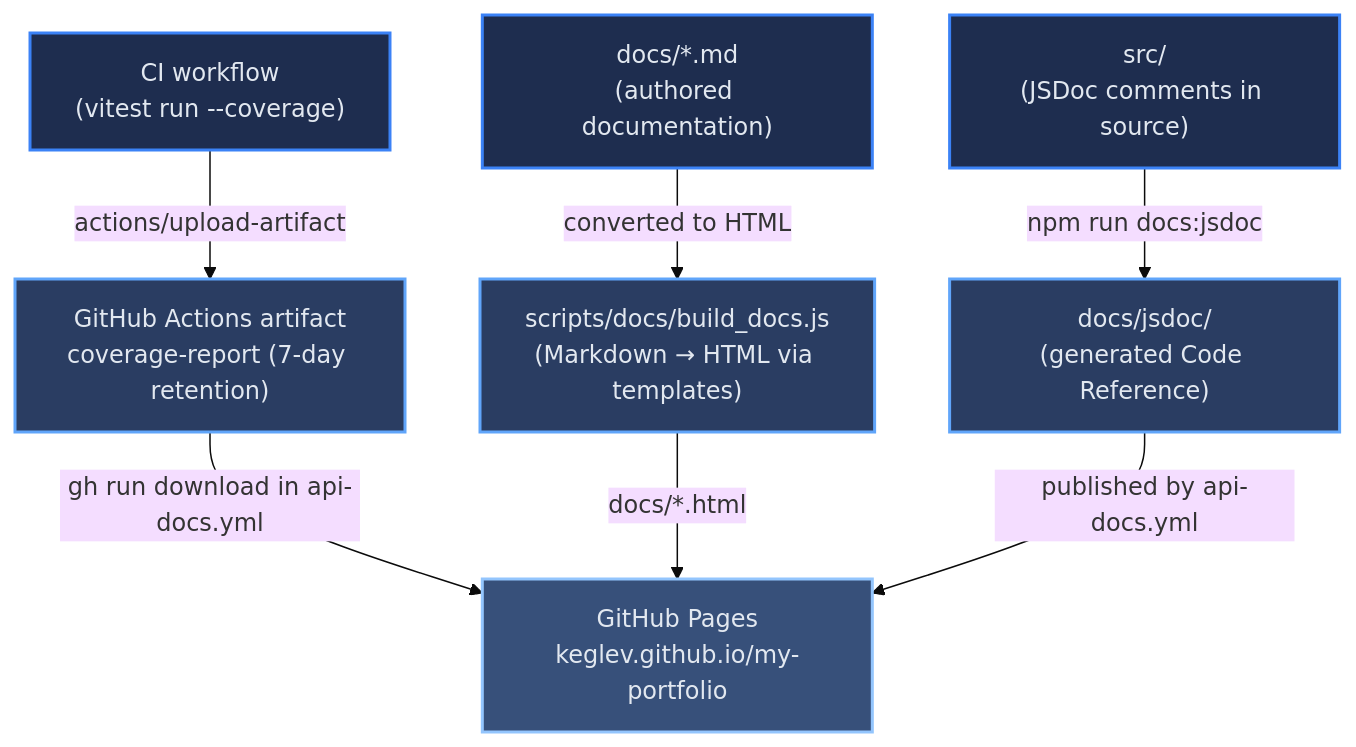
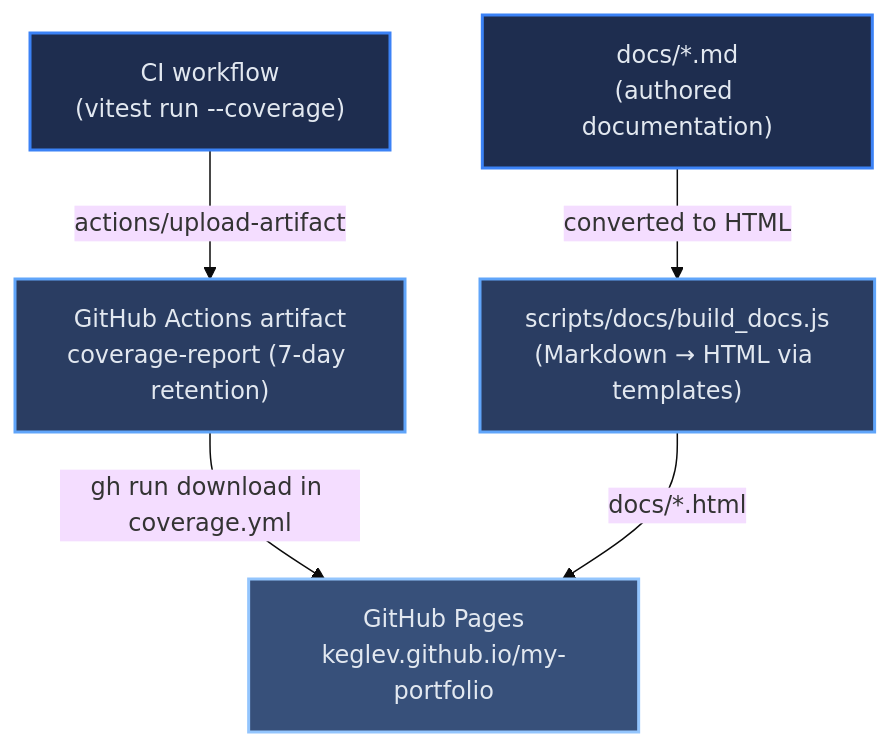
The diagram in docs/architecture/03-context.md (Keglev/my-portfolio), drawn with Mermaid (base theme) before and after one commit. The commit also changed other lines of this file and 34 other files, not shown here.

First line of the commit message:
chore: retire the code-reference site, reduce api-docs to coverage, and correct context/secret claims (#44)

````diff
--- a/docs/architecture/03-context.md
+++ b/docs/architecture/03-context.md
@@ -41,25 +44,21 @@
 ```mermaid
 flowchart TD
     CIJob["CI workflow\n(vitest run --coverage)"]
     CoverageArtifact["GitHub Actions artifact\ncoverage-report (7-day retention)"]
     MarkdownDocs["docs/*.md\n(authored documentation)"]
     BuildDocs["scripts/docs/build_docs.js\n(Markdown → HTML via templates)"]
-    SrcCode["src/\n(JSDoc comments in source)"]
-    JSDocOutput["docs/jsdoc/\n(generated Code Reference)"]
     GHPages["GitHub Pages\nkeglev.github.io/my-portfolio"]
 
     CIJob -->|"actions/upload-artifact"| CoverageArtifact
-    CoverageArtifact -->|"gh run download in api-docs.yml"| GHPages
+    CoverageArtifact -->|"gh run download in coverage.yml"| GHPages
     MarkdownDocs -->|"converted to HTML"| BuildDocs
     BuildDocs -->|"docs/*.html"| GHPages
-    SrcCode -->|"npm run docs:jsdoc"| JSDocOutput
-    JSDocOutput -->|"published by api-docs.yml"| GHPages
 
-    class CIJob,MarkdownDocs,SrcCode l1
-    class CoverageArtifact,BuildDocs,JSDocOutput l2
+    class CIJob,MarkdownDocs l1
+    class CoverageArtifact,BuildDocs l2
     class GHPages l3
 
     classDef l1 fill:#1e2d4f,stroke:#3B82F6,stroke-width:2px,color:#E2E8F0
     classDef l2 fill:#2a3d62,stroke:#60A5FA,stroke-width:2px,color:#E2E8F0
     classDef l3 fill:#37507a,stroke:#93C5FD,stroke-width:2px,color:#E2E8F0
 ```
````
